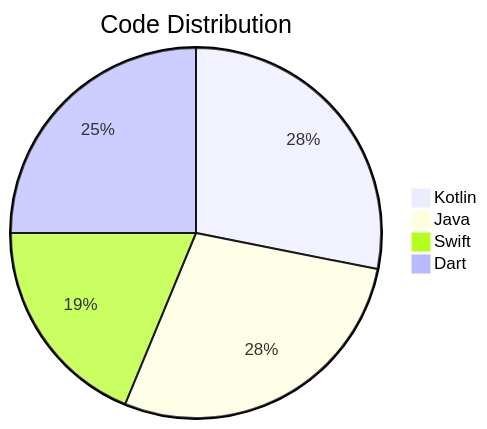
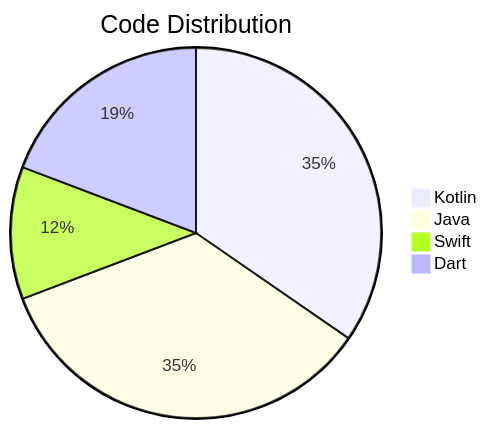
Before and after one commit to Youssef-Abdelkader/Youssef-Abdelkader: the diagram in README.md, drawn with Mermaid. The commit also changed other lines of this file, not shown here.

````diff
--- a/README.md
+++ b/README.md
@@ -84,8 +87,8 @@
 ```mermaid
 pie
     title Code Distribution
     "Kotlin" : 90
     "Java" : 90
-    "Swift" : 60
-    "Dart" : 80
+    "Swift" : 30
+    "Dart" : 50
 ```
````
